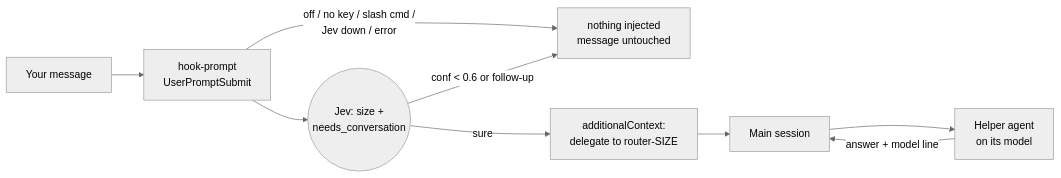
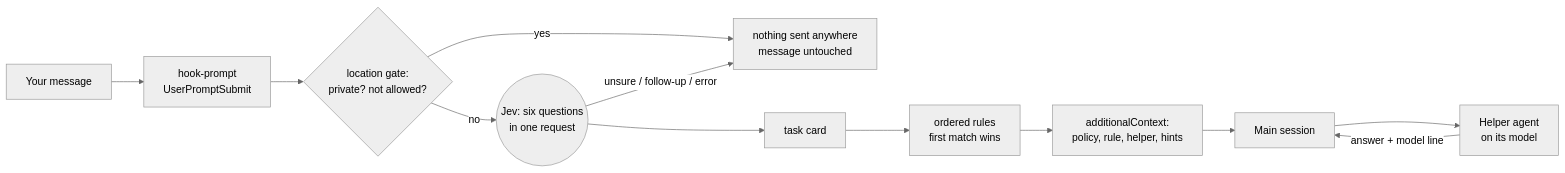
One commit to hansipie/ecotokens changed the diagram in docs/model-router.md. Above: the diagram before and after it, drawn with Mermaid (neutral theme). The commit also changed other lines of this file and 42 other files, not shown here.

First line of the commit message:
feat(router): add policy-based routing with cards, dossiers and outcomes (#133)

````diff
--- a/docs/model-router.md
+++ b/docs/model-router.md
@@ -11,10 +11,13 @@
 ```mermaid
 flowchart LR
   U[Your message] --> H[hook-prompt<br/>UserPromptSubmit]
-  H -->|off / no key / slash cmd /<br/>Jev down / error| PASS[nothing injected<br/>message untouched]
-  H --> J((Jev: size +<br/>needs_conversation))
-  J -->|conf < 0.6 or follow-up| PASS
-  J -->|sure| CTX[additionalContext:<br/>delegate to router-SIZE]
+  H --> G{location gate:<br/>private? not allowed?}
+  G -->|yes| PASS[nothing sent anywhere<br/>message untouched]
+  G -->|no| J((Jev: six questions<br/>in one request))
+  J -->|unsure / follow-up / error| PASS
+  J --> C[task card]
+  C --> R[ordered rules<br/>first match wins]
+  R --> CTX[additionalContext:<br/>policy, rule, helper, hints]
   CTX --> M[Main session] --> A[Helper agent<br/>on its model]
   A -->|answer + model line| M
 ```
````
